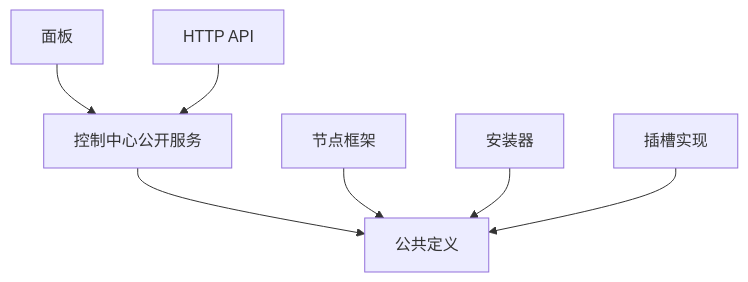
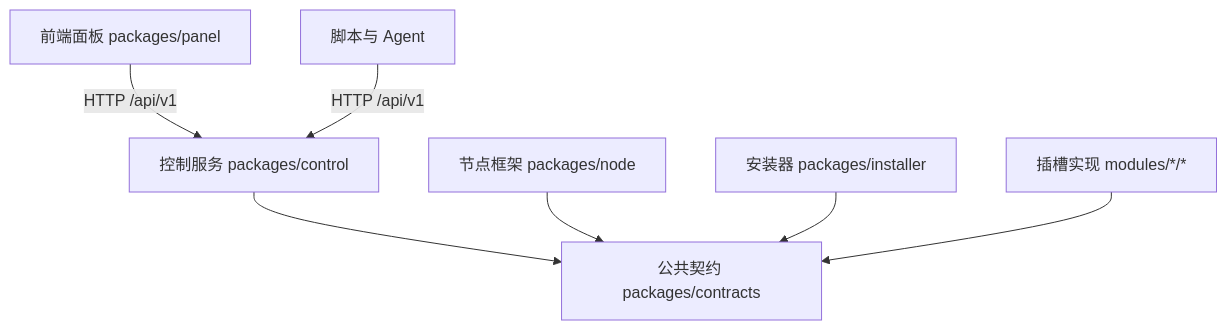
The diagram in docs/zh/architecture-conventions.md (Kndy666/gpu-platform), drawn with Mermaid before and after one commit. The commit also changed other lines of this file and 244 other files, not shown here.

````diff
--- a/docs/zh/architecture-conventions.md
+++ b/docs/zh/architecture-conventions.md
@@ -9,9 +9,9 @@
 ```mermaid
 flowchart TB
-    Panel[面板] --> Services[控制中心公开服务]
-    API[HTTP API] --> Services
-    Services --> Contracts[公共定义]
-    Node[节点框架] --> Contracts
-    Installer[安装器] --> Contracts
-    Modules[插槽实现] --> Contracts
+    Panel[前端面板 packages/panel] -->|HTTP /api/v1| Control[控制服务 packages/control]
+    Automation[脚本与 Agent] -->|HTTP /api/v1| Control
+    Control --> Contracts[公共契约 packages/contracts]
+    Node[节点框架 packages/node] --> Contracts
+    Installer[安装器 packages/installer] --> Contracts
+    Modules[插槽实现 modules/*/*] --> Contracts
 ```
````
